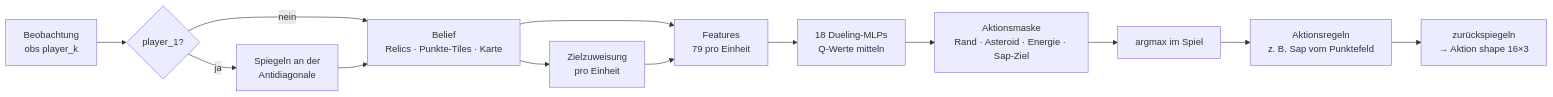
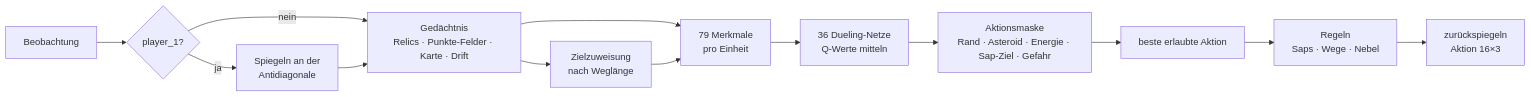
Before and after one commit to elhassanmahmoud/sherlock-luxAI-team15: the diagram in README.md, drawn with Mermaid. The commit also changed other lines of this file and 2 other files, not shown here.

````diff
--- a/README.md
+++ b/README.md
@@ -96,15 +78,15 @@
 ```mermaid
 flowchart LR
-    O[Beobachtung<br/>obs player_k] --> M{player_1?}
+    O[Beobachtung] --> M{player_1?}
     M -- ja --> S[Spiegeln an der<br/>Antidiagonale]
     M -- nein --> B
-    S --> B[Belief<br/>Relics · Punkte-Tiles · Karte]
-    B --> Z[Zielzuweisung<br/>pro Einheit]
-    B --> F[Features<br/>79 pro Einheit]
+    S --> B[Gedächtnis<br/>Relics · Punkte-Felder · Karte · Drift]
+    B --> Z[Zielzuweisung<br/>nach Weglänge]
+    B --> F[79 Merkmale<br/>pro Einheit]
     Z --> F
-    F --> Q[18 Dueling-MLPs<br/>Q-Werte mitteln]
-    Q --> K[Aktionsmaske<br/>Rand · Asteroid · Energie · Sap-Ziel]
-    K --> A[argmax im Spiel]
-    A --> H[Aktionsregeln<br/>z. B. Sap vom Punktefeld]
-    H --> R[zurückspiegeln<br/>→ Aktion shape 16×3]
+    F --> Q[36 Dueling-Netze<br/>Q-Werte mitteln]
+    Q --> K[Aktionsmaske<br/>Rand · Asteroid · Energie · Sap-Ziel · Gefahr]
+    K --> A[beste erlaubte Aktion]
+    A --> H[Regeln<br/>Saps · Wege · Nebel]
+    H --> R[zurückspiegeln<br/>Aktion 16×3]
 ```
````
